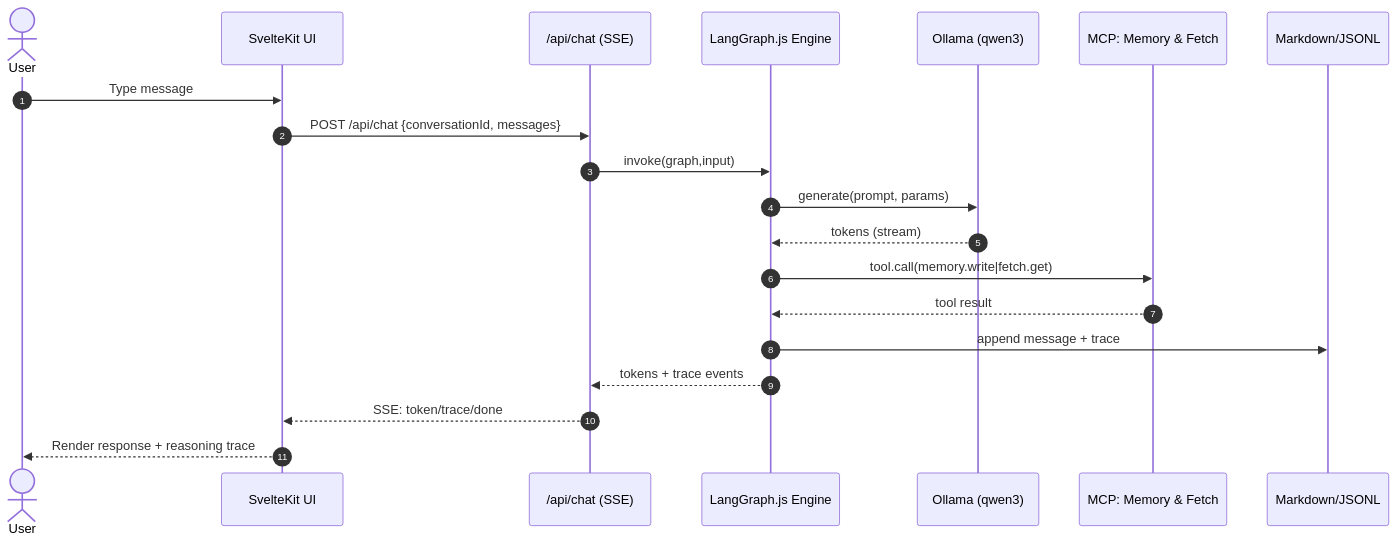
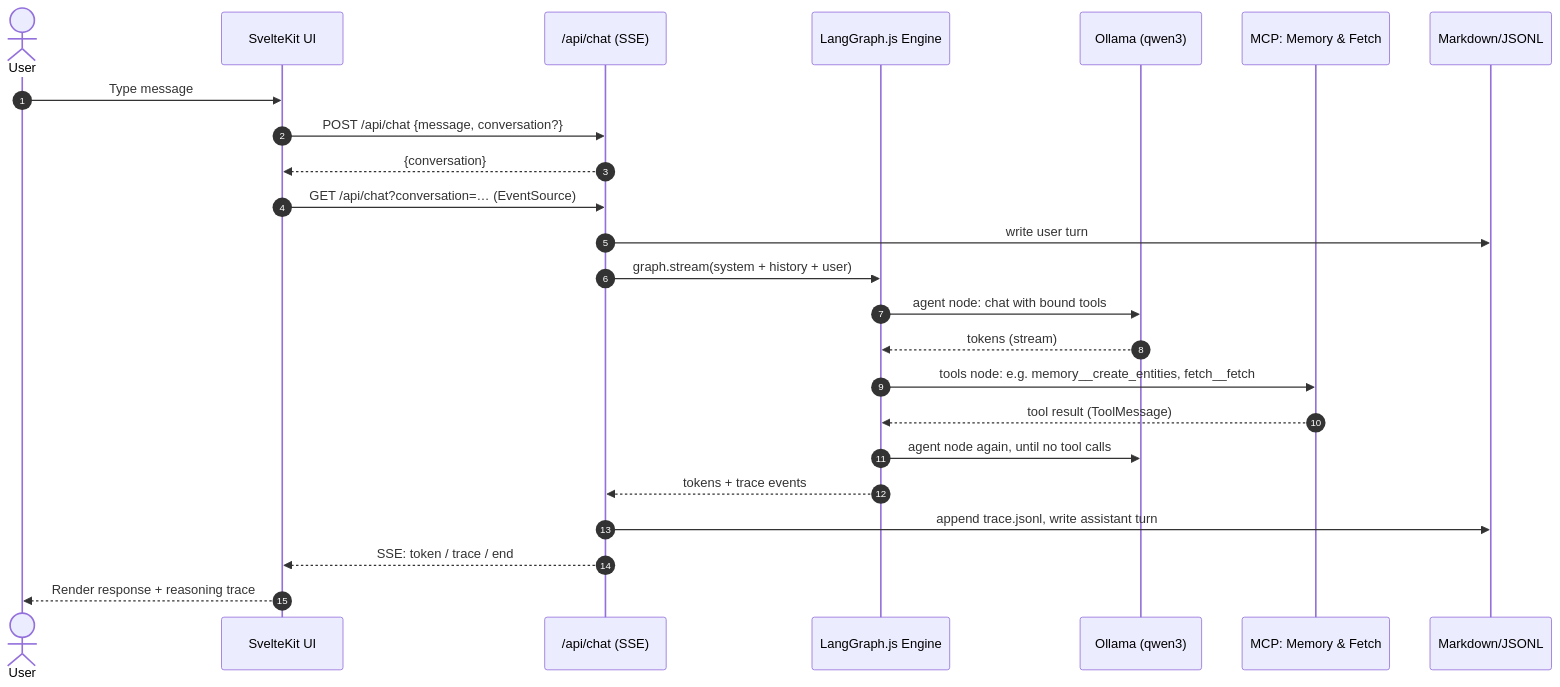
The diagram in docs/architecture/6-core-workflows.md (cognokratos/sophos-agent), drawn with Mermaid before and after one commit. The commit also changed other lines of this file and 48 other files, not shown here.

````diff
--- a/docs/architecture/6-core-workflows.md
+++ b/docs/architecture/6-core-workflows.md
@@ -5,23 +5,27 @@
 ```mermaid
 sequenceDiagram
 autonumber
 actor U as User
 participant FE as SvelteKit UI
 participant API as /api/chat (SSE)
 participant LG as LangGraph.js Engine
 participant LLM as Ollama (qwen3)
 participant MCP as MCP: Memory & Fetch
 participant LOG as Markdown/JSONL
 
 U->>FE: Type message
-FE->>API: POST /api/chat {conversationId, messages}
-API->>LG: invoke(graph,input)
-LG->>LLM: generate(prompt, params)
+FE->>API: POST /api/chat {message, conversation?}
+API-->>FE: {conversation}
+FE->>API: GET /api/chat?conversation=… (EventSource)
+API->>LOG: write user turn
+API->>LG: graph.stream(system + history + user)
+LG->>LLM: agent node: chat with bound tools
 LLM-->>LG: tokens (stream)
-LG->>MCP: tool.call(memory.write|fetch.get)
-MCP-->>LG: tool result
-LG->>LOG: append message + trace
+LG->>MCP: tools node: e.g. memory__create_entities, fetch__fetch
+MCP-->>LG: tool result (ToolMessage)
+LG->>LLM: agent node again, until no tool calls
 LG-->>API: tokens + trace events
-API-->>FE: SSE: token/trace/done
+API->>LOG: append trace.jsonl, write assistant turn
+API-->>FE: SSE: token / trace / end
 FE-->>U: Render response + reasoning trace
 ```
````
